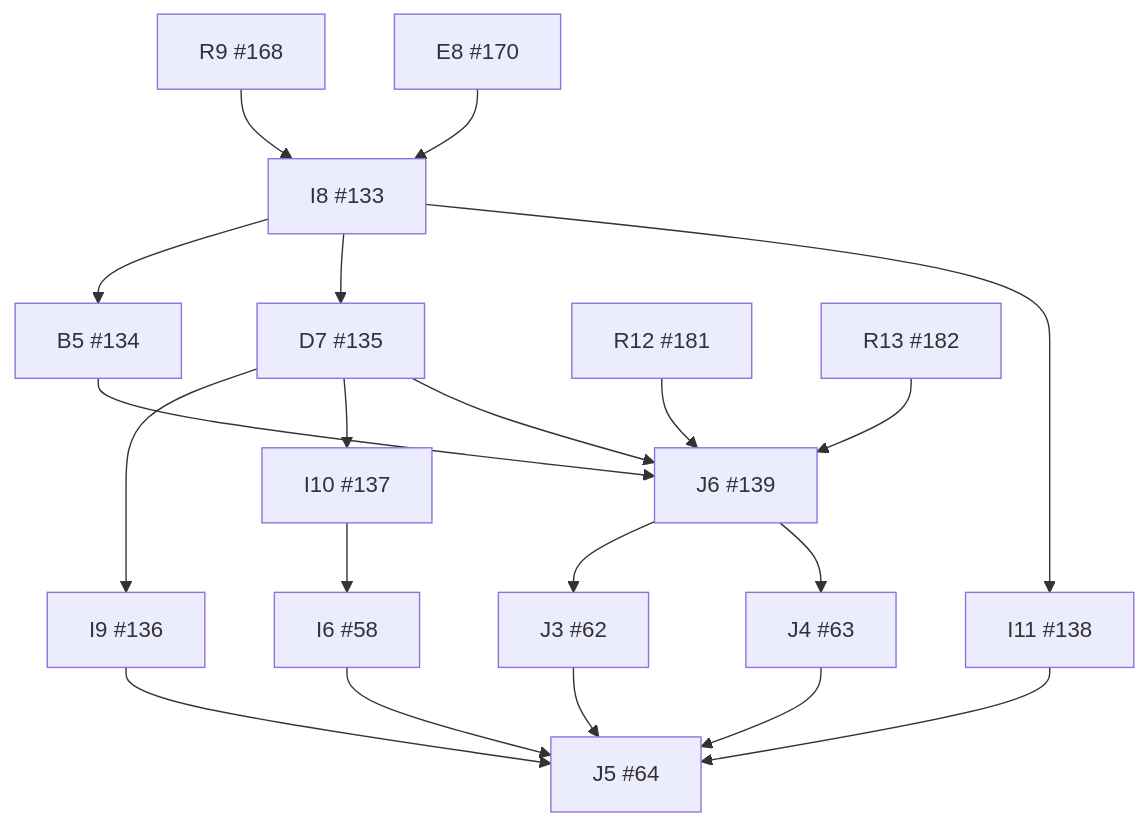
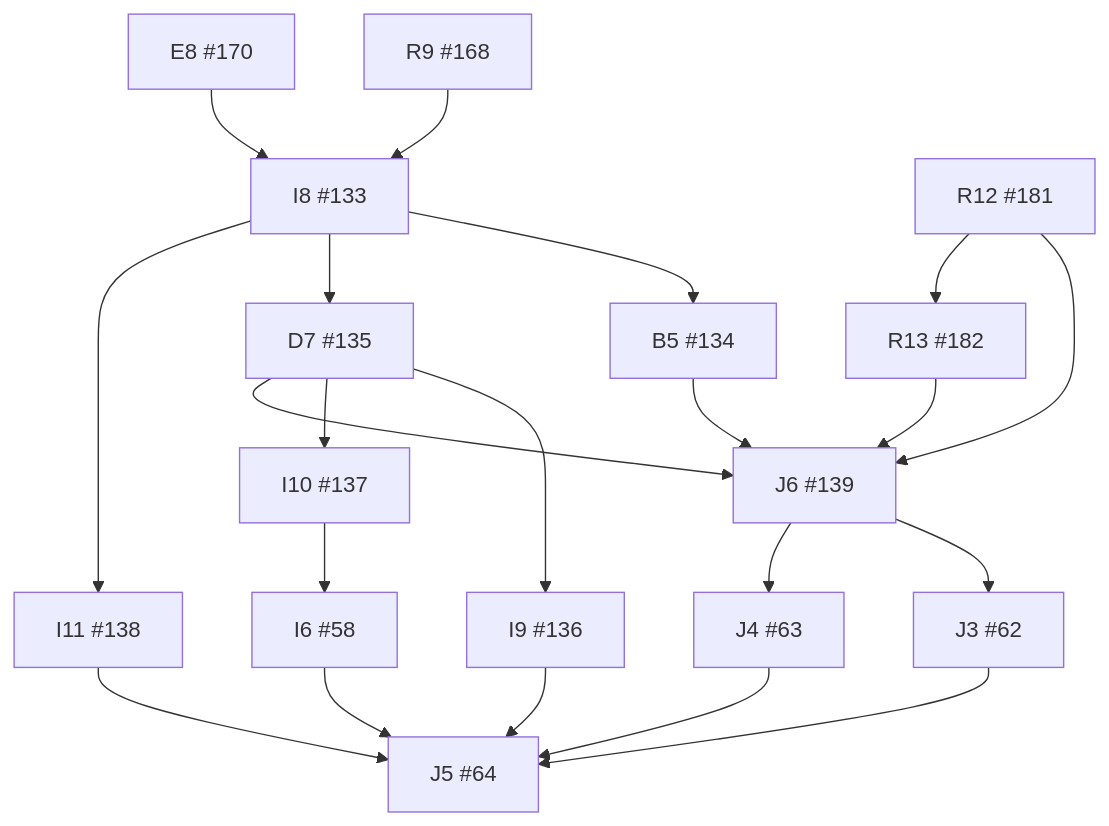
The diagram in docs/implementation/dependency-graph.md (wojtekpiskorz/kiero), drawn with Mermaid before and after one commit. The commit also changed other lines of this file and 4 other files, not shown here.

````diff
--- a/docs/implementation/dependency-graph.md
+++ b/docs/implementation/dependency-graph.md
@@ -9,37 +9,38 @@
 ```mermaid
 flowchart TD
   I6["I6 #58"]
   J3["J3 #62"]
   J4["J4 #63"]
   J5["J5 #64"]
   I8["I8 #133"]
   B5["B5 #134"]
   D7["D7 #135"]
   I9["I9 #136"]
   I10["I10 #137"]
   I11["I11 #138"]
   J6["J6 #139"]
   R9["R9 #168"]
   E8["E8 #170"]
   R12["R12 #181"]
   R13["R13 #182"]
   I10 --> I6
   J6 --> J3
   J6 --> J4
   I6 --> J5
   J3 --> J5
   J4 --> J5
   I9 --> J5
   I11 --> J5
   R9 --> I8
   E8 --> I8
   I8 --> B5
   I8 --> D7
   D7 --> I9
   D7 --> I10
   I8 --> I11
   D7 --> J6
   B5 --> J6
   R12 --> J6
   R13 --> J6
+  R12 --> R13
 ```
````
